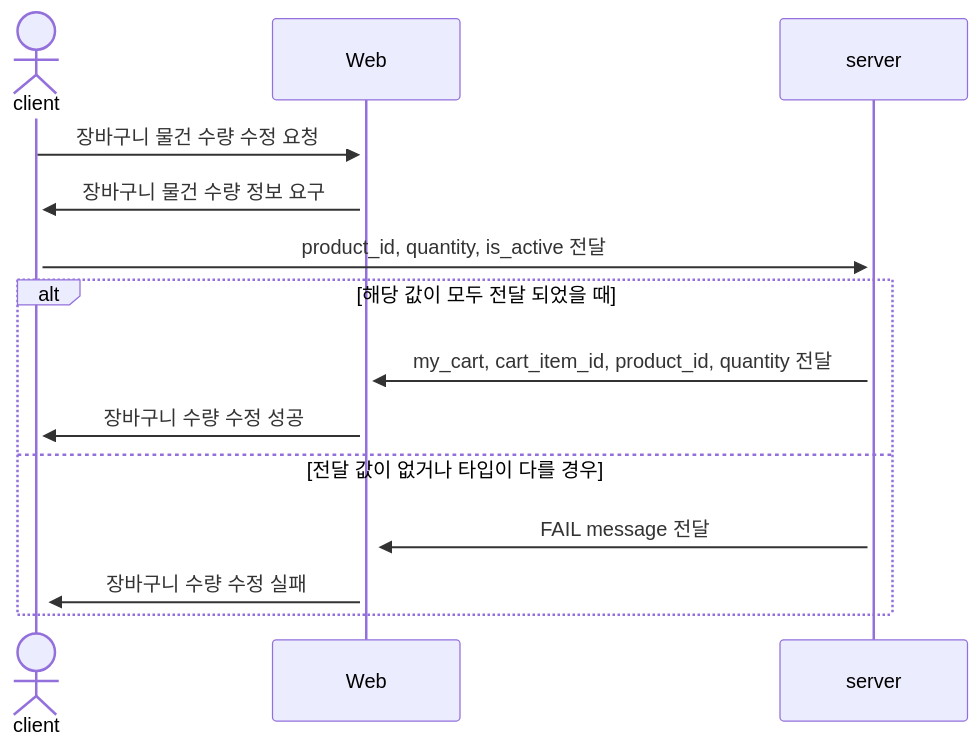
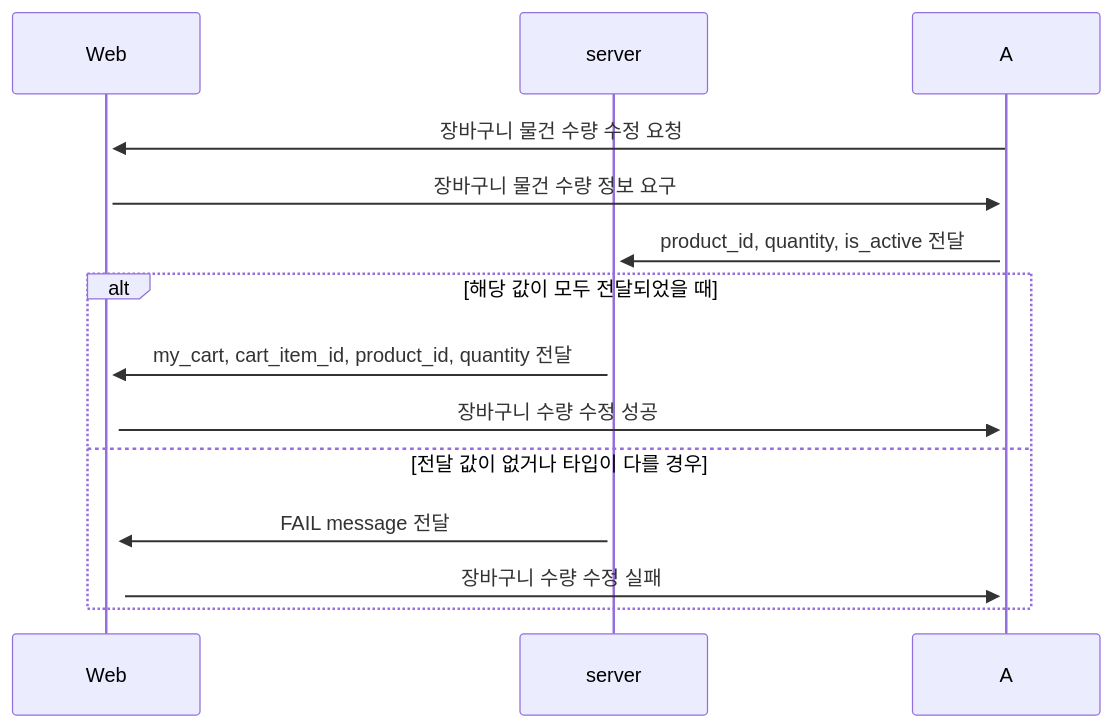
One commit to gustn1029/openMarket changed the ninth of 12 diagrams in README.md. Above: the diagram before and after it, drawn with Mermaid. The commit also changed other lines of this file, not shown here.

````diff
--- a/README.md
+++ b/README.md
@@ -163,16 +188,15 @@
 ```mermaid
     sequenceDiagram
-    actor A as client
     participant B as Web
     participant C as server
     A->>+B: 장바구니 물건 수량 수정 요청
     B->>+A: 장바구니 물건 수량 정보 요구
     A->>+C: product_id, quantity, is_active 전달
-    alt 해당 값이 모두 전달 되었을 때
-    C->>+B: my_cart, cart_item_id, product_id, quantity 전달
-    B->>+A: 장바구니 수량 수정 성공
+    alt 해당 값이 모두 전달되었을 때
+        C->>+B: my_cart, cart_item_id, product_id, quantity 전달
+        B->>+A: 장바구니 수량 수정 성공
     else 전달 값이 없거나 타입이 다를 경우
-    C->>+B: FAIL message 전달
-    B->>+A: 장바구니 수량 수정 실패
+        C->>+B: FAIL message 전달
+        B->>+A: 장바구니 수량 수정 실패
     end
 ```
````
